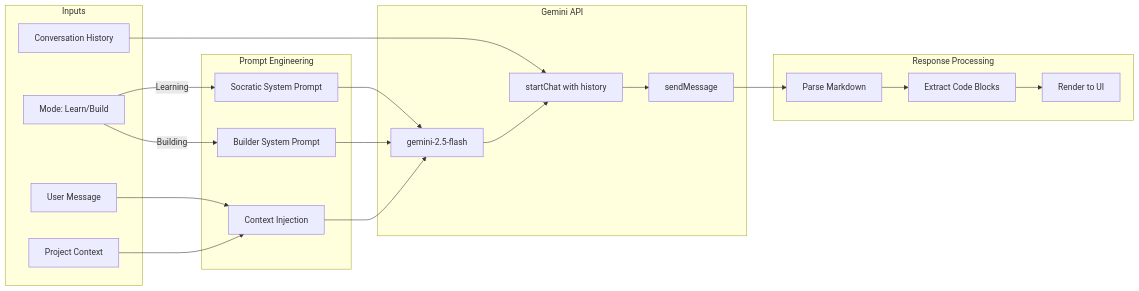
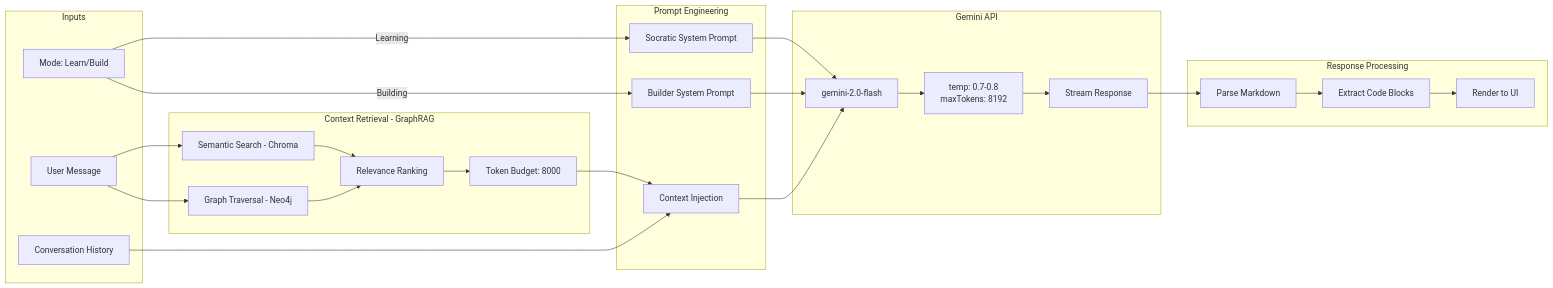
The fifth of 6 diagrams in README.md (Ishan-K9868/socraticDev-final), drawn with Mermaid before and after one commit. The commit also changed other lines of this file and 114 other files, not shown here.

````diff
--- a/README.md
+++ b/README.md
@@ -421,44 +577,56 @@
 ```mermaid
 flowchart LR
     subgraph "Inputs"
         USER_MSG[User Message]
         CONV_HIST[Conversation History]
-        PROJ_CTX[Project Context]
         MODE_SEL[Mode: Learn/Build]
+    end
+
+    subgraph "Context Retrieval - GraphRAG"
+        SEMANTIC[Semantic Search - Chroma]
+        GRAPH_WALK[Graph Traversal - Neo4j]
+        RANK[Relevance Ranking]
+        TOKEN_BUDGET[Token Budget: 8000]
     end
 
     subgraph "Prompt Engineering"
         SYS_LEARN[Socratic System Prompt]
         SYS_BUILD[Builder System Prompt]
         CTX_INJ[Context Injection]
     end
 
     subgraph "Gemini API"
-        MODEL[gemini-2.5-flash]
-        CHAT[startChat with history]
-        STREAM[sendMessage]
+        MODEL[gemini-2.0-flash]
+        PARAMS[temp: 0.7-0.8<br/>maxTokens: 8192]
+        STREAM[Stream Response]
     end
 
     subgraph "Response Processing"
         PARSE[Parse Markdown]
         CODE[Extract Code Blocks]
         RENDER[Render to UI]
     end
 
-    USER_MSG --> CTX_INJ
-    CONV_HIST --> CHAT
-    PROJ_CTX --> CTX_INJ
+    USER_MSG --> SEMANTIC
+    USER_MSG --> GRAPH_WALK
+
+    SEMANTIC --> RANK
+    GRAPH_WALK --> RANK
+    RANK --> TOKEN_BUDGET
+
+    TOKEN_BUDGET --> CTX_INJ
+    CONV_HIST --> CTX_INJ
 
     MODE_SEL -->|Learning| SYS_LEARN
     MODE_SEL -->|Building| SYS_BUILD
 
     SYS_LEARN --> MODEL
     SYS_BUILD --> MODEL
     CTX_INJ --> MODEL
 
-    MODEL --> CHAT
-    CHAT --> STREAM
+    MODEL --> PARAMS
+    PARAMS --> STREAM
     STREAM --> PARSE
     PARSE --> CODE
     CODE --> RENDER
 ```
````
